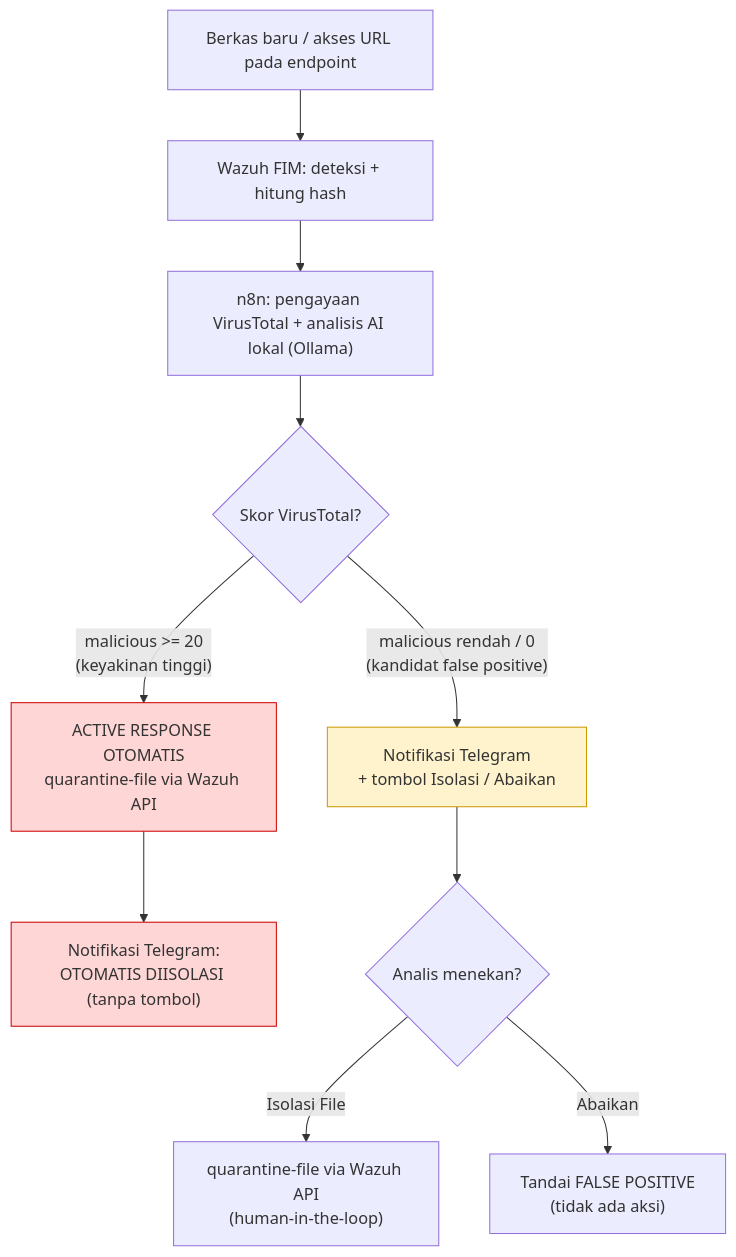
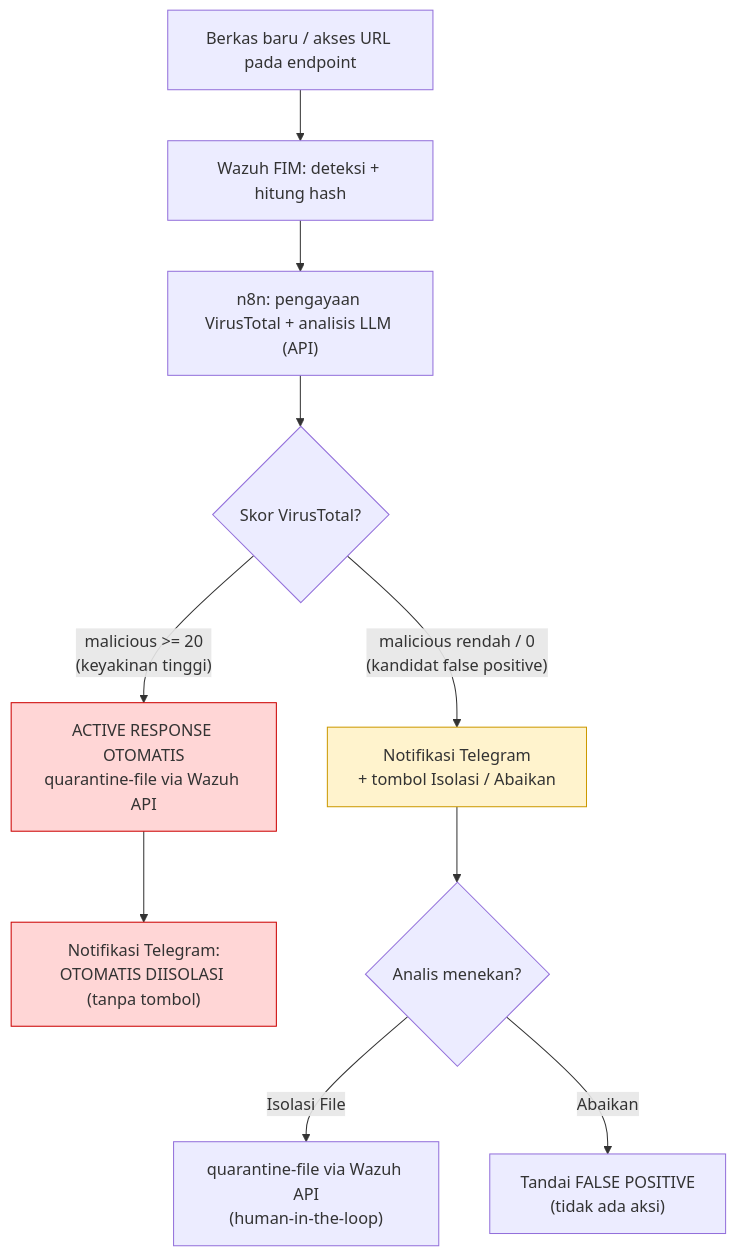
Before and after one commit to ravi-arnan/soar-project: the diagram in docs/diagrams/demo-hybrid-flow.mmd, drawn with Mermaid. The commit also changed 38 other files, not shown here.

First line of the commit message:
docs: hapus klaim AI lokal + revisi milestone (AI = analisis LLM via API)

```diff
--- a/docs/diagrams/demo-hybrid-flow.mmd
+++ b/docs/diagrams/demo-hybrid-flow.mmd
@@ -1,13 +1,13 @@
 graph TD
     A["Berkas baru / akses URL pada endpoint"] --> B["Wazuh FIM: deteksi + hitung hash"]
-    B --> C["n8n: pengayaan VirusTotal + analisis AI lokal (Ollama)"]
+    B --> C["n8n: pengayaan VirusTotal + analisis LLM (API)"]
     C --> D{"Skor VirusTotal?"}
     D -->|"malicious >= 20<br/>(keyakinan tinggi)"| E["ACTIVE RESPONSE OTOMATIS<br/>quarantine-file via Wazuh API"]
     E --> F["Notifikasi Telegram:<br/>OTOMATIS DIISOLASI (tanpa tombol)"]
     D -->|"malicious rendah / 0<br/>(kandidat false positive)"| G["Notifikasi Telegram<br/>+ tombol Isolasi / Abaikan"]
     G --> H{"Analis menekan?"}
     H -->|"Isolasi File"| I["quarantine-file via Wazuh API<br/>(human-in-the-loop)"]
     H -->|"Abaikan"| J["Tandai FALSE POSITIVE<br/>(tidak ada aksi)"]
     style E fill:#ffd6d6,stroke:#c00
     style F fill:#ffd6d6,stroke:#c00
     style G fill:#fff3cd,stroke:#c90
```
